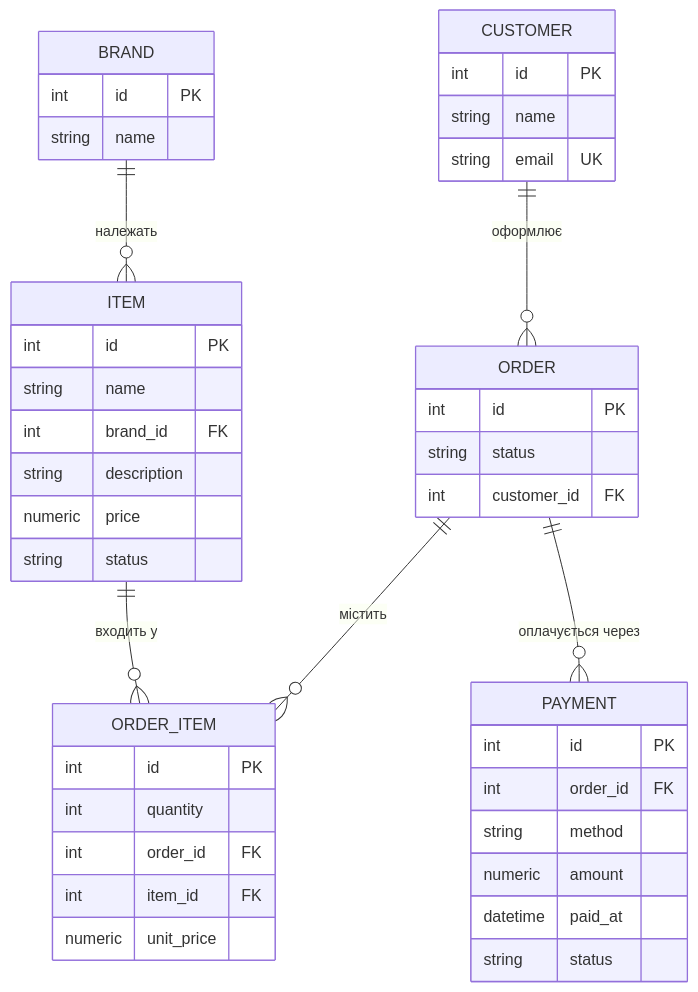
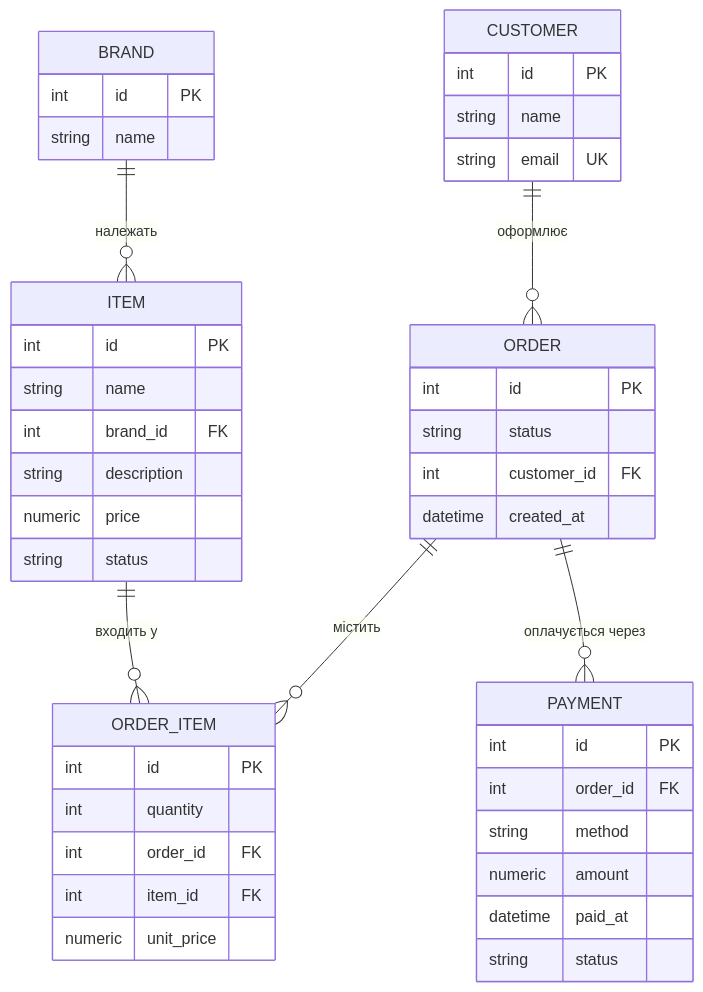
One commit to AriBlank/KPI-2-LABS changed the diagram in lab1/diagram.mmd. Above: the diagram before and after it, drawn with Mermaid.

Commit message:
додано атрибут до ORDER на ER-діаграмі згідно зspec

```diff
--- a/lab1/diagram.mmd
+++ b/lab1/diagram.mmd
@@ -1,50 +1,51 @@
 erDiagram
 
     CUSTOMER{
         int id PK
         string name
         string email UK
     }
 
     ITEM{
         int id PK
         string name
         int brand_id FK
         string description
         numeric price
         string status
     }
 
     ORDER{
         int id PK
         string status
         int customer_id FK
+        datetime created_at
     }
 
     ORDER_ITEM{
         int id PK
         int quantity
         int order_id FK
         int item_id FK
         numeric unit_price
     }
 
     PAYMENT{
         int id PK
         int order_id FK
         string method
         numeric amount
         datetime paid_at
         string status
     }
 
     BRAND{
         int id PK
         string name
     }
 
     BRAND      ||--o{ ITEM       : "належать"
     CUSTOMER   ||--o{ ORDER      : "оформлює"
     ORDER      ||--o{ ORDER_ITEM : "містить"
     ITEM       ||--o{ ORDER_ITEM : "входить у"
     ORDER      ||--o{ PAYMENT    : "оплачується через"
```
